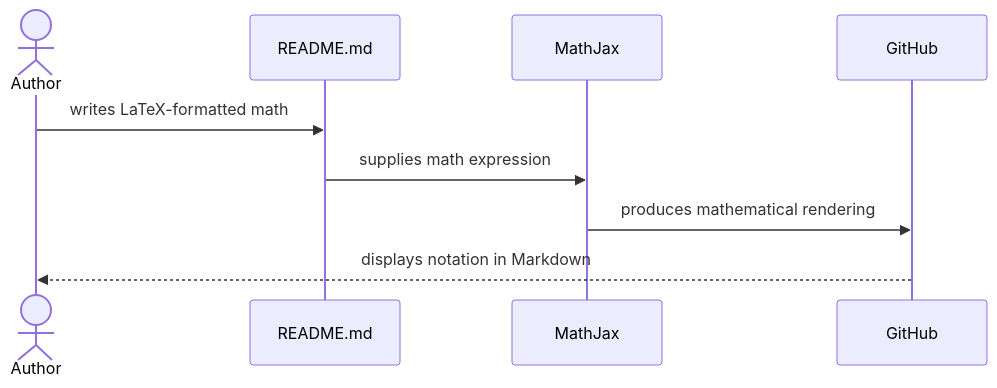
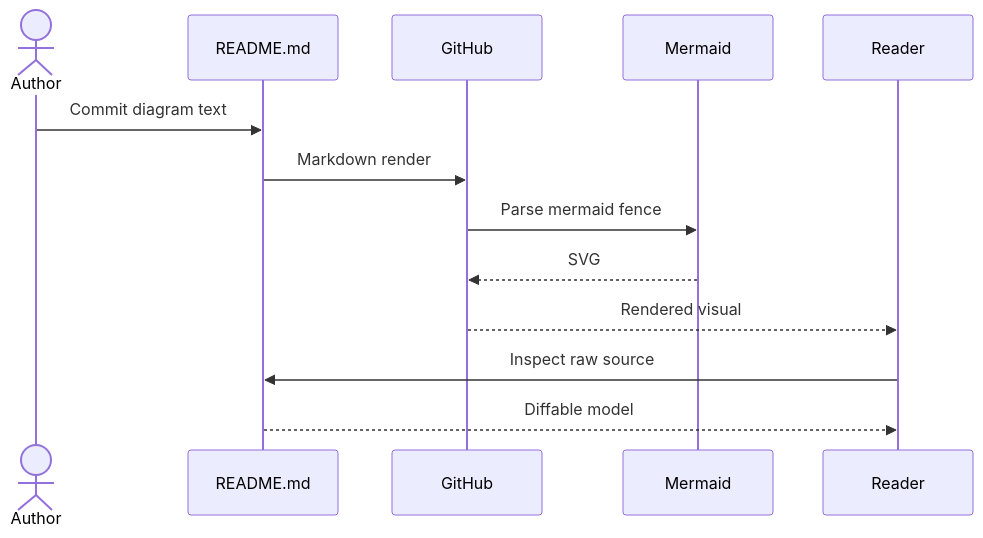
Before and after one commit to thiepn/markdown: diagram 20 of 21 in README.md, drawn with Mermaid. The commit also changed other lines of this file, not shown here.

Commit message:
docs: add full Mermaid diagram gallery

````diff
--- a/README.md
+++ b/README.md
@@ -1363,11 +1363,16 @@
 ```mermaid
 sequenceDiagram
     actor Author
-    participant MD as README.md
-    participant MJ as MathJax
-    participant GH as GitHub
-    Author->>MD: writes LaTeX-formatted math
-    MD->>MJ: supplies math expression
-    MJ->>GH: produces mathematical rendering
-    GH-->>Author: displays notation in Markdown
+    participant Source as README.md
+    participant GitHub
+    participant Mermaid
+    participant Reader
+
+    Author->>Source: Commit diagram text
+    Source->>GitHub: Markdown render
+    GitHub->>Mermaid: Parse mermaid fence
+    Mermaid-->>GitHub: SVG
+    GitHub-->>Reader: Rendered visual
+    Reader->>Source: Inspect raw source
+    Source-->>Reader: Diffable model
 ```
````
